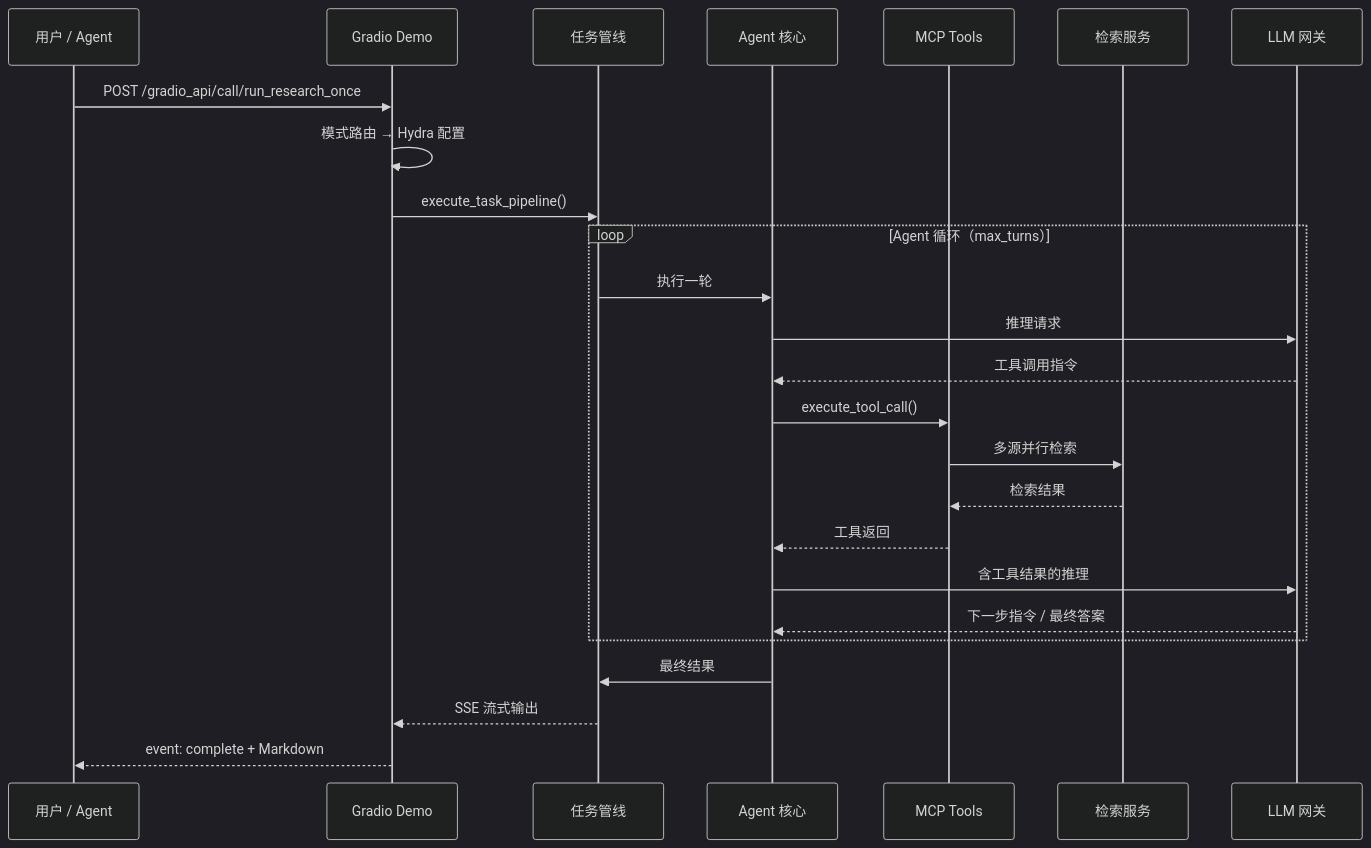
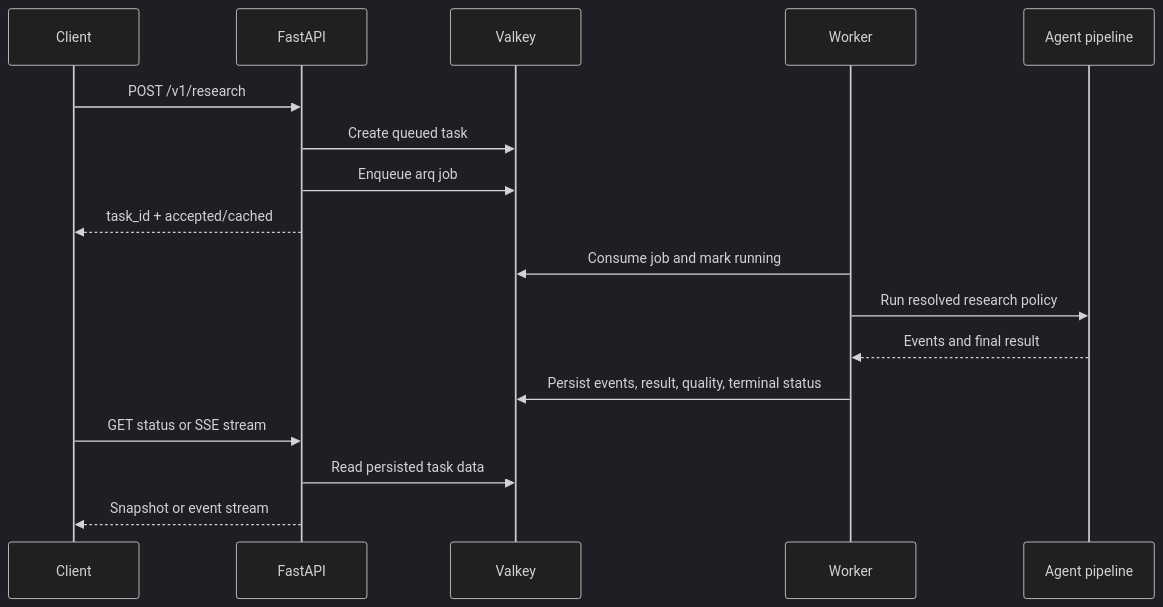
The second of 2 diagrams in docs/ARCHITECTURE.md (kdush/OpenClaw-MiroSearch), drawn with Mermaid (dark theme) before and after one commit. The commit also changed other lines of this file and 25 other files, not shown here.

````diff
--- a/docs/ARCHITECTURE.md
+++ b/docs/ARCHITECTURE.md
@@ -268,30 +87,20 @@
 ```mermaid
 sequenceDiagram
-    participant User as 用户 / Agent
-    participant Demo as Gradio Demo
-    participant Pipeline as 任务管线
-    participant Agent as Agent 核心
-    participant Tools as MCP Tools
-    participant Search as 检索服务
-    participant LLM as LLM 网关
+    participant C as Client
+    participant A as FastAPI
+    participant V as Valkey
+    participant W as Worker
+    participant P as Agent pipeline
 
-    User->>Demo: POST /gradio_api/call/run_research_once
-    Demo->>Demo: 模式路由 → Hydra 配置
-    Demo->>Pipeline: execute_task_pipeline()
-    
-    loop Agent 循环（max_turns）
-        Pipeline->>Agent: 执行一轮
-        Agent->>LLM: 推理请求
-        LLM-->>Agent: 工具调用指令
-        Agent->>Tools: execute_tool_call()
-        Tools->>Search: 多源并行检索
-        Search-->>Tools: 检索结果
-        Tools-->>Agent: 工具返回
-        Agent->>LLM: 含工具结果的推理
-        LLM-->>Agent: 下一步指令 / 最终答案
-    end
-    
-    Agent->>Pipeline: 最终结果
-    Pipeline-->>Demo: SSE 流式输出
-    Demo-->>User: event: complete + Markdown
+    C->>A: POST /v1/research
+    A->>V: Create queued task
+    A->>V: Enqueue arq job
+    A-->>C: task_id + accepted/cached
+    W->>V: Consume job and mark running
+    W->>P: Run resolved research policy
+    P-->>W: Events and final result
+    W->>V: Persist events, result, quality, terminal status
+    C->>A: GET status or SSE stream
+    A->>V: Read persisted task data
+    A-->>C: Snapshot or event stream
 ```
````
